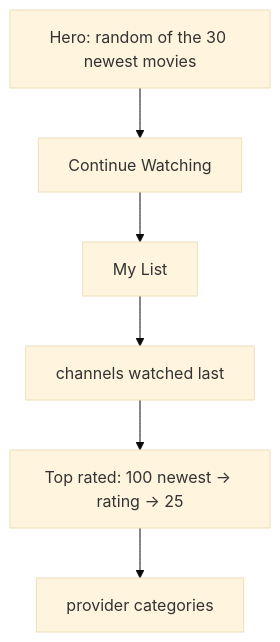
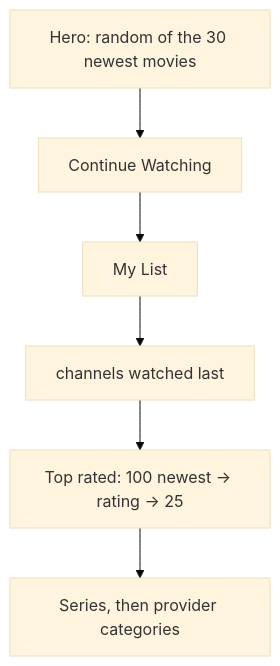
Before and after one commit to brunoccst/iptv-player: the eighth of 44 diagrams in documentation/FEATURES-TECHNICAL.md, drawn with Mermaid (base theme). The commit also changed other lines of this file and 1 other file, not shown here.

````diff
--- a/documentation/FEATURES-TECHNICAL.md
+++ b/documentation/FEATURES-TECHNICAL.md
@@ -146,7 +146,7 @@
 ```mermaid
 flowchart TD
   H["Hero: random of the 30 newest movies"] --> CW[Continue Watching]
   CW --> ML[My List] --> LV[channels watched last]
   LV --> TR["Top rated: 100 newest → rating → 25"]
-  TR --> C[provider categories]
+  TR --> C["Series, then provider categories"]
 ```
````
